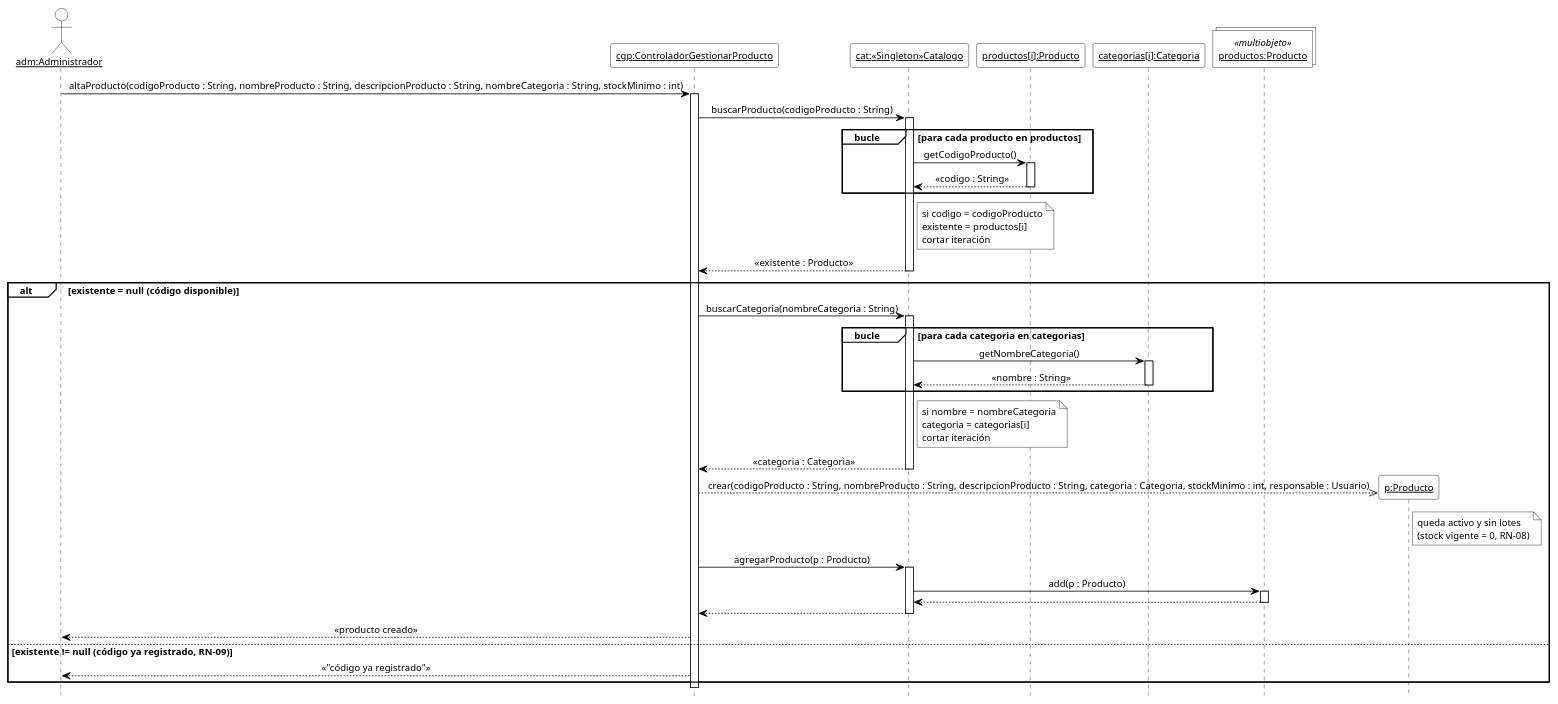
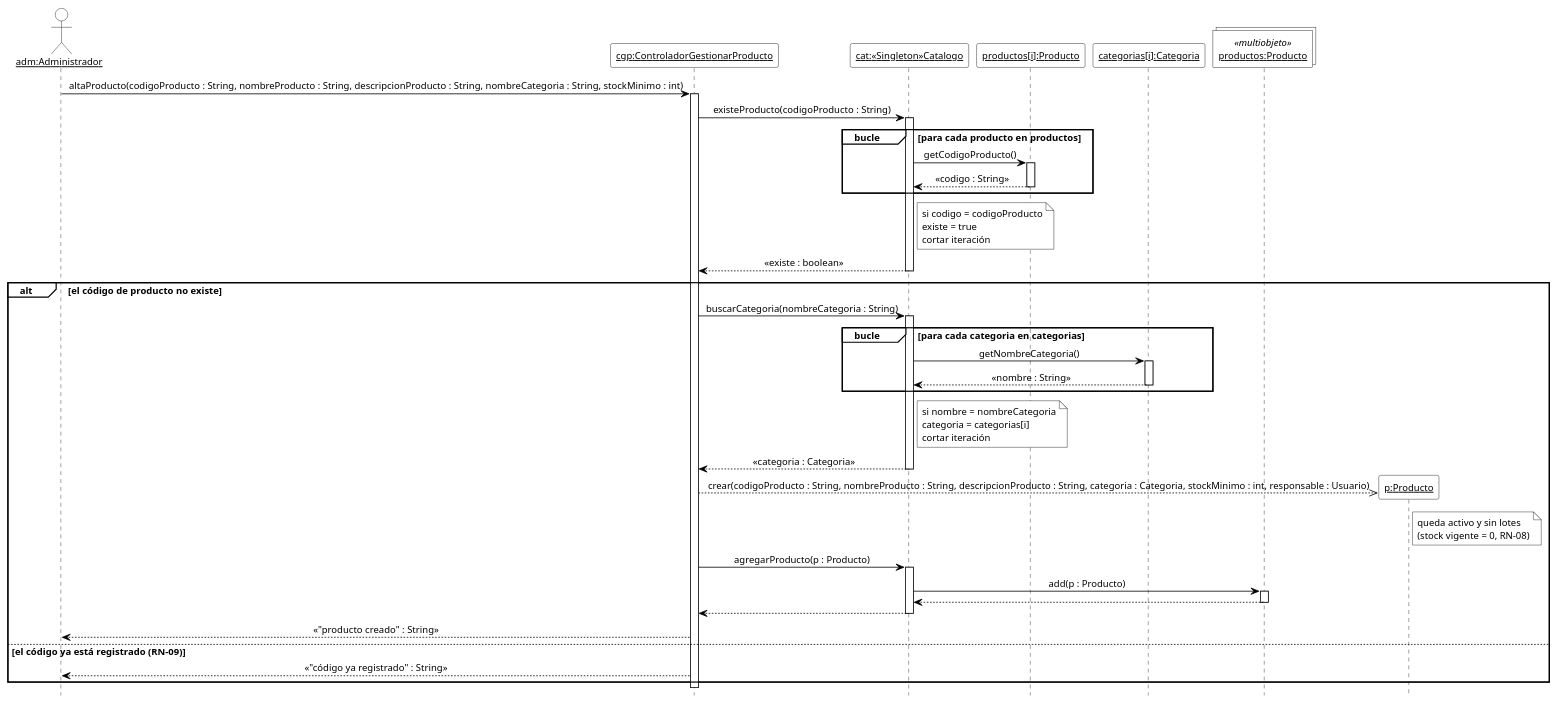
Before and after one commit to cirotop/Stock-Project: the seventh of 18 diagrams in 08-Diagrama De Secuencia/Diagramas_de_Secuencia.md, drawn with PlantUML. The commit also changed other lines of this file and 22 other files, not shown here.

````diff
--- a/08-Diagrama De Secuencia/Diagramas_de_Secuencia.md
+++ b/08-Diagrama De Secuencia/Diagramas_de_Secuencia.md
@@ -442,70 +441,70 @@
 ```plantuml
 @startuml DSD_CU-04_altaProducto
 ' Diagrama de Secuencia de Diseño (DSD) - CU-04 Gestionar producto - altaProducto
 ' Estilo de los ejemplos de la teoría (introducirArticulo / crearNuevaVenta).
 hide footbox
 skinparam shadowing false
 skinparam defaultFontName Arial
 skinparam defaultFontSize 12
 skinparam sequenceMessageAlign center
 skinparam ArrowColor black
 skinparam ParticipantBackgroundColor white
 skinparam ParticipantBorderColor black
 skinparam CollectionsBackgroundColor white
 skinparam CollectionsBorderColor black
 skinparam ActorBackgroundColor white
 skinparam ActorBorderColor black
 skinparam LifeLineBorderColor black
 skinparam LifeLineBackgroundColor white
 skinparam SequenceGroupBackgroundColor white
 skinparam SequenceGroupBorderColor black
 skinparam SequenceGroupHeaderFontColor black
 skinparam NoteBackgroundColor white
 skinparam NoteBorderColor black
 
 actor "<u>adm:Administrador</u>" as adm
 participant "<u>cgp:ControladorGestionarProducto</u>" as cgp
 participant "<u>cat:«Singleton»Catalogo</u>" as cat
 participant "<u>productos[i]:Producto</u>" as pi
-participant "<u>categorias[i]:Categoria</u>" as ci
+participant "<u>categorias[i]:Categoria</u>" as ki
 collections "<u>productos:Producto</u>" as mp <<multiobjeto>>
 
 adm -> cgp ++ : altaProducto(codigoProducto : String, nombreProducto : String, descripcionProducto : String, nombreCategoria : String, stockMinimo : int)
-cgp -> cat ++ : buscarProducto(codigoProducto : String)
+cgp -> cat ++ : existeProducto(codigoProducto : String)
 group bucle [para cada producto en productos]
   cat -> pi ++ : getCodigoProducto()
   pi --> cat -- : «codigo : String»
 end
 note right of cat
   si codigo = codigoProducto
-  existente = productos[i]
+  existe = true
   cortar iteración
 end note
-cat --> cgp -- : «existente : Producto»
-alt existente = null (código disponible)
+cat --> cgp -- : «existe : boolean»
+alt el código de producto no existe
   cgp -> cat ++ : buscarCategoria(nombreCategoria : String)
   group bucle [para cada categoria en categorias]
-    cat -> ci ++ : getNombreCategoria()
-    ci --> cat -- : «nombre : String»
+    cat -> ki ++ : getNombreCategoria()
+    ki --> cat -- : «nombre : String»
   end
   note right of cat
     si nombre = nombreCategoria
     categoria = categorias[i]
     cortar iteración
   end note
   cat --> cgp -- : «categoria : Categoria»
   create participant "<u>p:Producto</u>" as p
   cgp -->> p : crear(codigoProducto : String, nombreProducto : String, descripcionProducto : String, categoria : Categoria, stockMinimo : int, responsable : Usuario)
   note right of p : queda activo y sin lotes\n(stock vigente = 0, RN-08)
   cgp -> cat ++ : agregarProducto(p : Producto)
   cat -> mp ++ : add(p : Producto)
   mp --> cat --
   cat --> cgp --
-  cgp --> adm : «producto creado»
-else existente != null (código ya registrado, RN-09)
-  cgp --> adm : «"código ya registrado"»
+  cgp --> adm : «"producto creado" : String»
+else el código ya está registrado (RN-09)
+  cgp --> adm : «"código ya registrado" : String»
 end
 deactivate cgp
 
 @enduml
 ```
````
